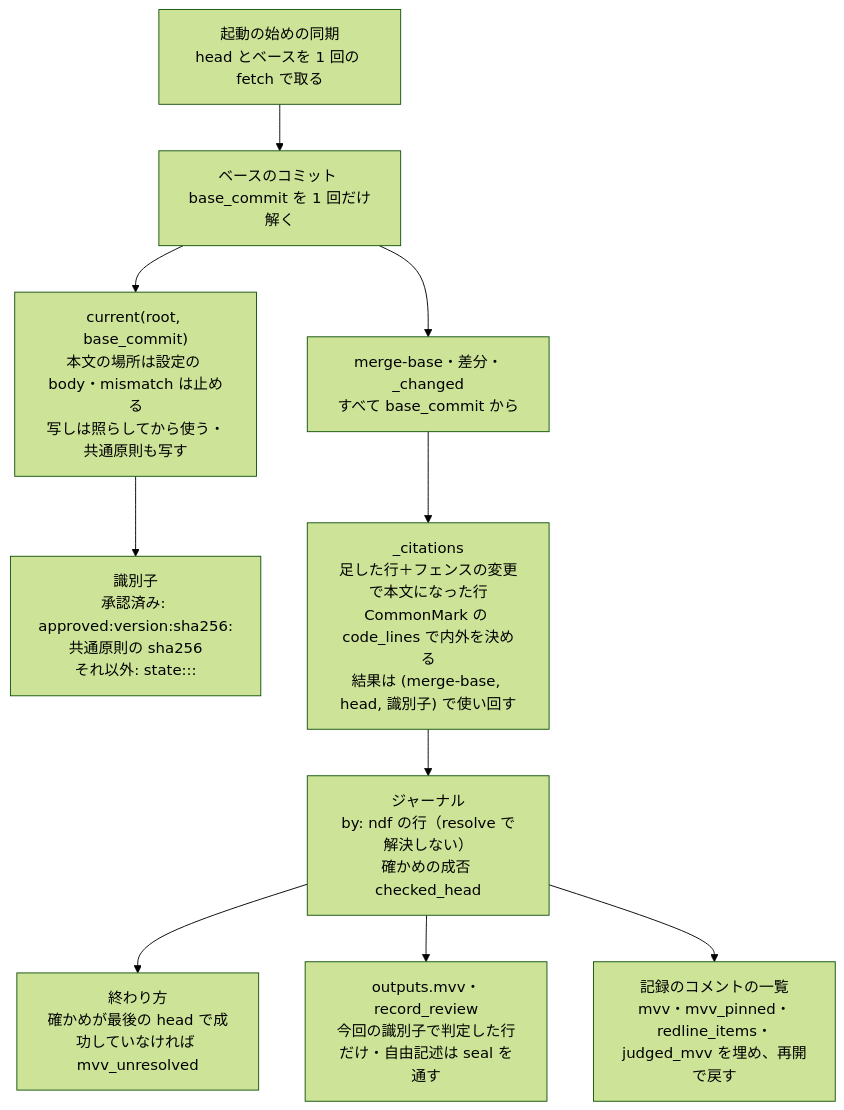
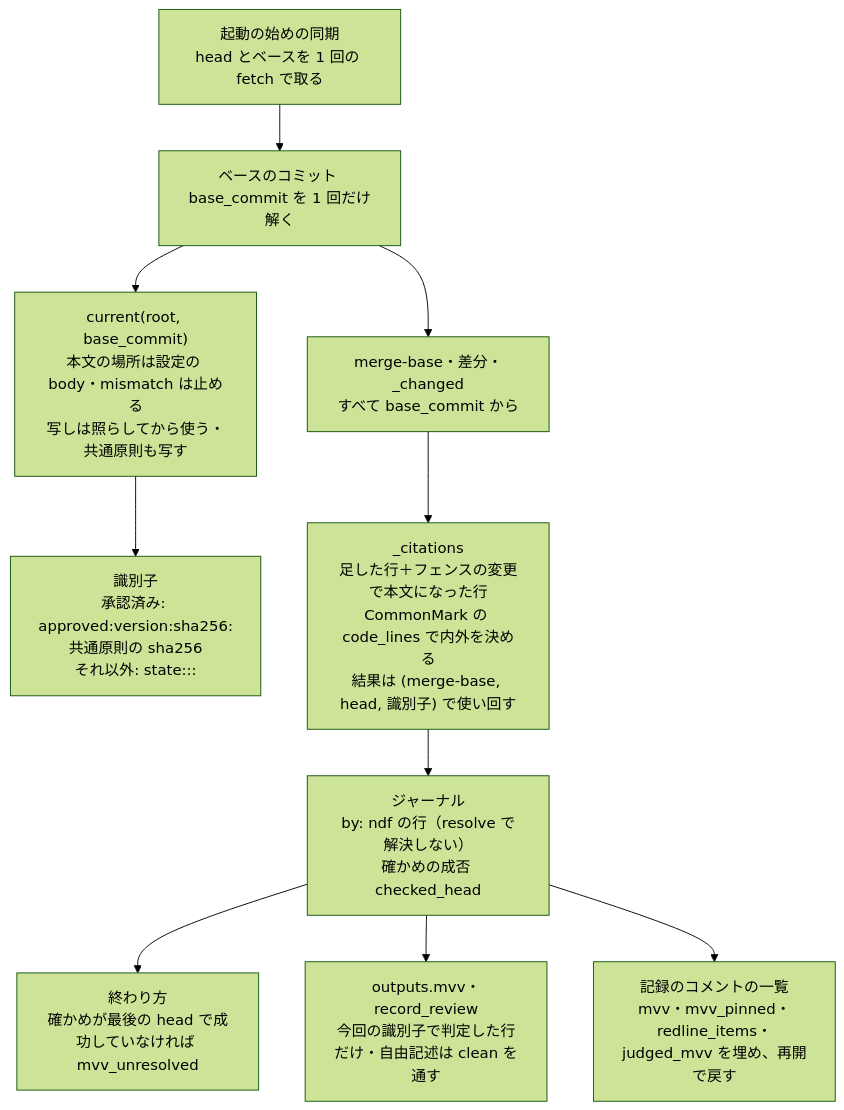
One commit to devbasex/ai-plugins changed the second of 2 diagrams in issues/issue-4090-4099-design.md. Above: the diagram before and after it, drawn with Mermaid (forest theme). The commit also changed other lines of this file and 1 other file, not shown here.

First line of the commit message:
Docs: 決定 7 の照合キーを手元だけに持ち、伏せ字を Hub.clean に戻す（PR #4121、conductor の判断。#4165 へ分ける）

````diff
--- a/issues/issue-4090-4099-design.md
+++ b/issues/issue-4090-4099-design.md
@@ -61,12 +61,12 @@
 ```mermaid
 graph TD
   F["起動の始めの同期<br>head とベースを 1 回の fetch で取る"] --> R["ベースのコミット base_commit を 1 回だけ解く"]
   R --> CUR["current(root, base_commit)<br>本文の場所は設定の body・mismatch は止める<br>写しは照らしてから使う・共通原則も写す"]
   R --> DIFF["merge-base・差分・_changed<br>すべて base_commit から"]
   CUR --> ID["識別子<br>承認済み: approved:version:sha256:共通原則の sha256<br>それ以外: state:::"]
   DIFF --> CIT["_citations<br>足した行＋フェンスの変更で本文になった行<br>CommonMark の code_lines で内外を決める<br>結果は (merge-base, head, 識別子) で使い回す"]
   CIT --> J["ジャーナル<br>by: ndf の行（resolve で解決しない）<br>確かめの成否 checked_head"]
   J --> FIN["終わり方<br>確かめが最後の head で成功していなければ mvv_unresolved"]
-  J --> OUT["outputs.mvv・record_review<br>今回の識別子で判定した行だけ・自由記述は seal を通す"]
+  J --> OUT["outputs.mvv・record_review<br>今回の識別子で判定した行だけ・自由記述は clean を通す"]
   J --> OB["記録のコメントの一覧<br>mvv・mvv_pinned・redline_items・judged_mvv を埋め、再開で戻す"]
 ```
````
